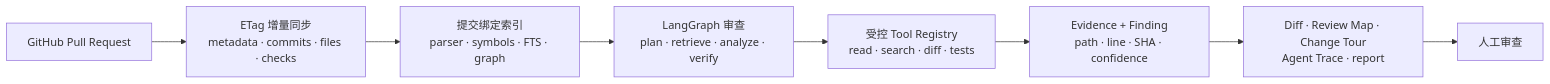
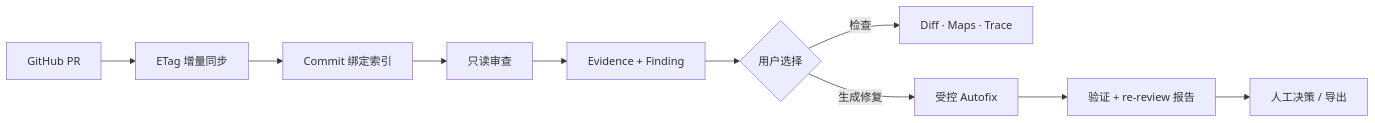
The first of 4 diagrams in docs/README_CN.md (Chloiris/TraceGate-Eval), drawn with Mermaid before and after one commit. The commit also changed other lines of this file and 30 other files, not shown here.

Commit message:
docs: present verified Autofix architecture and evidence

````diff
--- a/docs/README_CN.md
+++ b/docs/README_CN.md
@@ -47,10 +45,12 @@
 ```mermaid
 flowchart LR
-  PR["GitHub Pull Request"] --> SYNC["ETag 增量同步<br/>metadata · commits · files · checks"]
-  SYNC --> INDEX["提交绑定索引<br/>parser · symbols · FTS · graph"]
-  INDEX --> AGENT["LangGraph 审查<br/>plan · retrieve · analyze · verify"]
-  AGENT --> TOOLS["受控 Tool Registry<br/>read · search · diff · tests"]
-  TOOLS --> EVIDENCE["Evidence + Finding<br/>path · line · SHA · confidence"]
-  EVIDENCE --> UX["Diff · Review Map · Change Tour<br/>Agent Trace · report"]
-  UX --> HUMAN["人工审查"]
+  PR["GitHub PR"] --> SYNC["ETag 增量同步"]
+  SYNC --> INDEX["Commit 绑定索引"]
+  INDEX --> REVIEW["只读审查"]
+  REVIEW --> FINDING["Evidence + Finding"]
+  FINDING --> DECIDE{"用户选择"}
+  DECIDE -->|"检查"| MAPS["Diff · Maps · Trace"]
+  DECIDE -->|"生成修复"| FIX["受控 Autofix"]
+  FIX --> REPORT["验证 + re-review 报告"]
+  REPORT --> HUMAN["人工决策 / 导出"]
 ```
````
